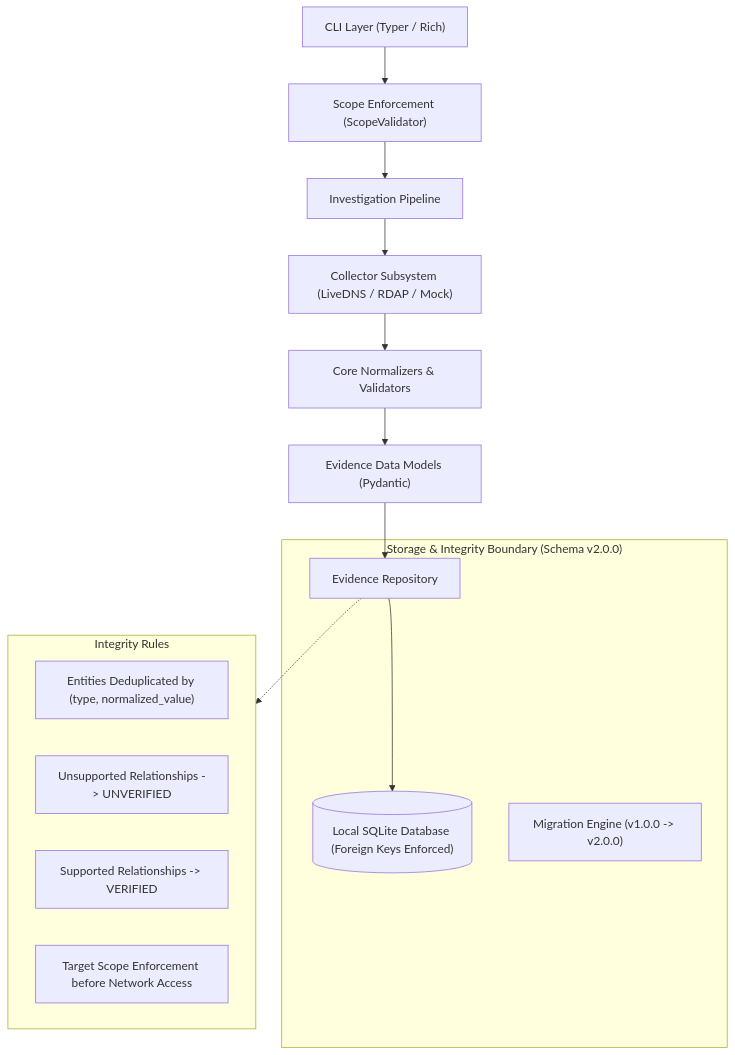
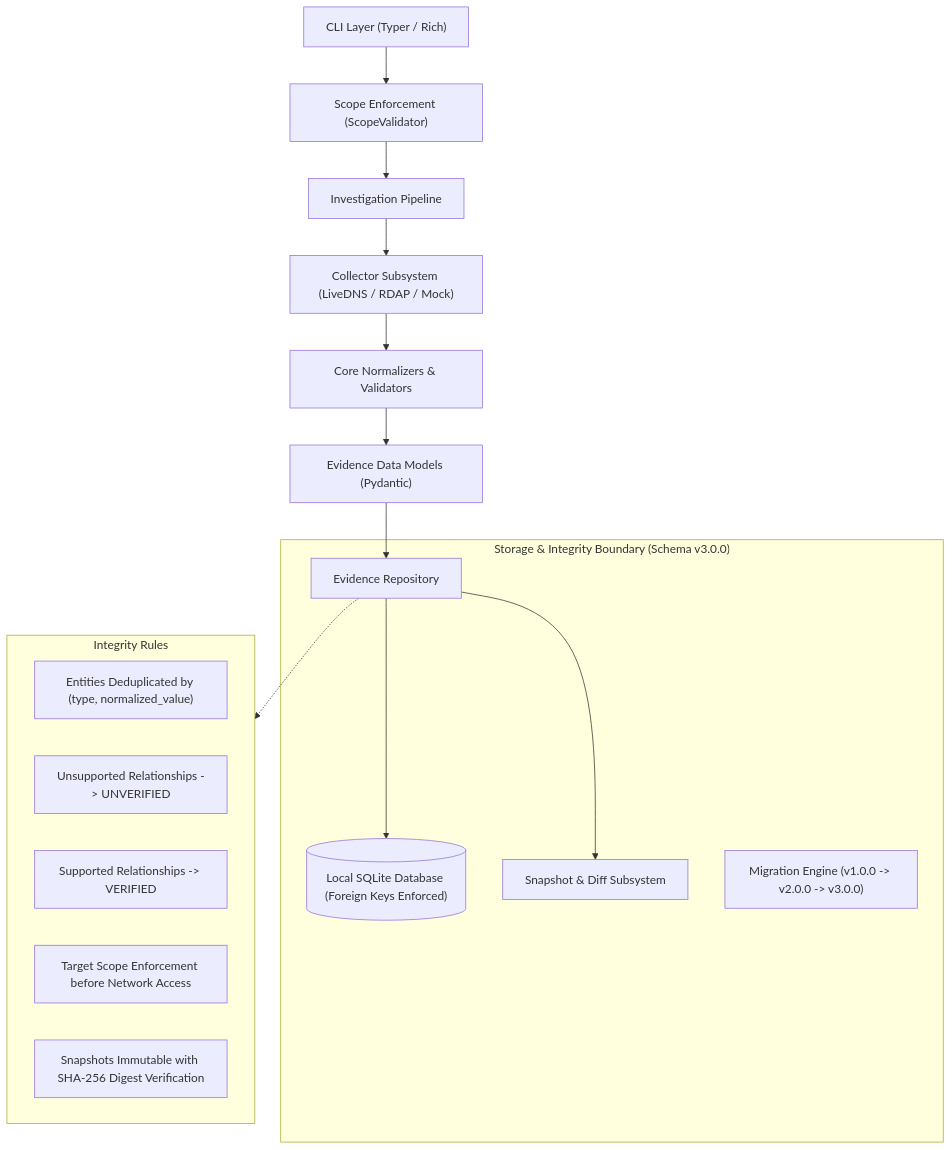
One commit to SultanGun/TraceGraph changed the diagram in docs/architecture.md. Above: the diagram before and after it, drawn with Mermaid. The commit also changed other lines of this file and 21 other files, not shown here.

Commit message:
feat(snapshots): implement immutable snapshots and evidence graph diff engine v0.3.0

````diff
--- a/docs/architecture.md
+++ b/docs/architecture.md
@@ -12,25 +12,28 @@
 ```mermaid
 flowchart TD
     CLI["CLI Layer (Typer / Rich)"] --> ScopeCheck["Scope Enforcement (ScopeValidator)"]
     ScopeCheck --> Pipeline["Investigation Pipeline"]
     Pipeline --> Collectors["Collector Subsystem (LiveDNS / RDAP / Mock)"]
     Collectors --> Normalizer["Core Normalizers & Validators"]
     Normalizer --> EvModel["Evidence Data Models (Pydantic)"]
     EvModel --> Repo["Evidence Repository"]
     Repo --> SQLite[("Local SQLite Database (Foreign Keys Enforced)")]
+    Repo --> Snapshots["Snapshot & Diff Subsystem"]
     
-    subgraph StorageLayer["Storage & Integrity Boundary (Schema v2.0.0)"]
+    subgraph StorageLayer["Storage & Integrity Boundary (Schema v3.0.0)"]
         Repo
         SQLite
-        Migrations["Migration Engine (v1.0.0 -> v2.0.0)"]
+        Snapshots
+        Migrations["Migration Engine (v1.0.0 -> v2.0.0 -> v3.0.0)"]
     end
     
     subgraph ProvenanceRules["Integrity Rules"]
         PR1["Entities Deduplicated by (type, normalized_value)"]
         PR2["Unsupported Relationships -> UNVERIFIED"]
         PR3["Supported Relationships -> VERIFIED"]
         PR4["Target Scope Enforcement before Network Access"]
+        PR5["Snapshots Immutable with SHA-256 Digest Verification"]
     end
     
     Repo -.-> ProvenanceRules
 ```
````
